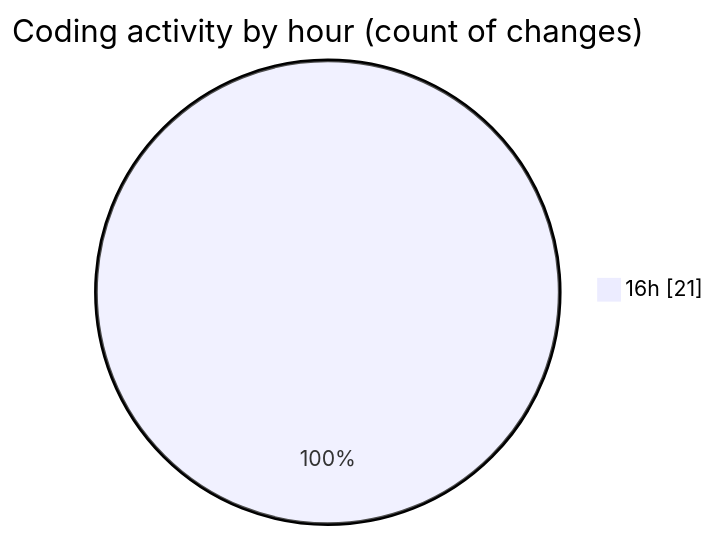
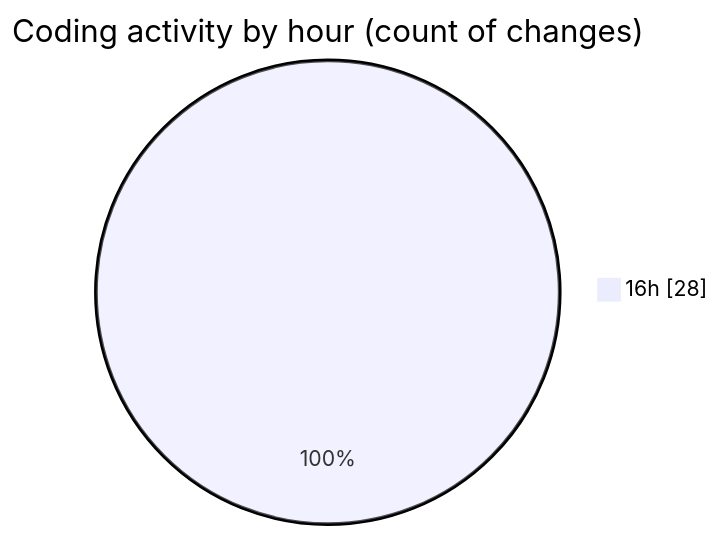
One commit to momahboobian/code-tracking changed the second of 2 diagrams in 2026-03-09/cda/README.md. Above: the diagram before and after it, drawn with Mermaid. The commit also changed other lines of this file and 1 other file, not shown here.

````diff
--- a/2026-03-09/cda/README.md
+++ b/2026-03-09/cda/README.md
@@ -38,5 +39,5 @@
 ```mermaid
 pie showData
 title Coding activity by hour (count of changes)
-"16h" : 21
+"16h" : 28
 ```
````
